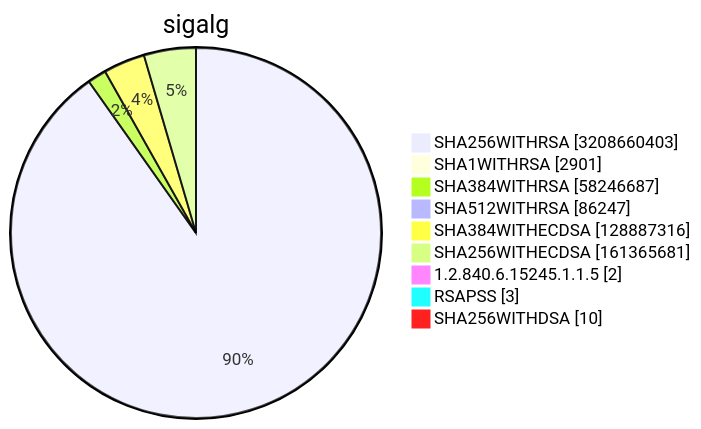
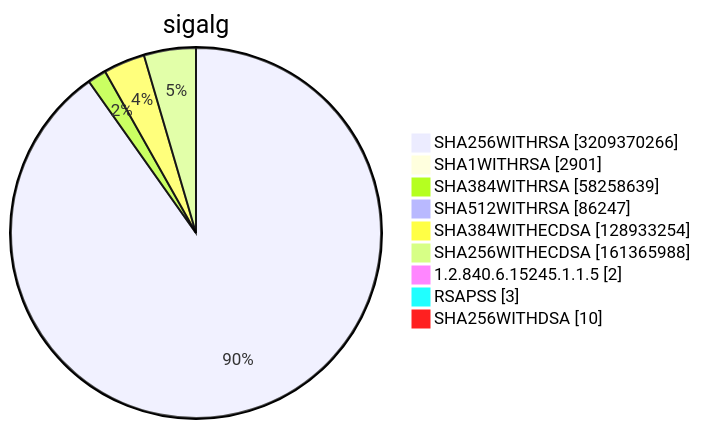
Before and after one commit to christiankrug/ctmonitor_visualization: diagram 15 of 15 in TOTAL/README.md, drawn with Mermaid. The commit also changed other lines of this file, not shown here.

````diff
--- a/TOTAL/README.md
+++ b/TOTAL/README.md
@@ -6217,13 +6217,13 @@
 ```mermaid
 pie showData
 title sigalg
-"SHA256WITHRSA" :3208660403
+"SHA256WITHRSA" :3209370266
 "SHA1WITHRSA" :2901
-"SHA384WITHRSA" :58246687
+"SHA384WITHRSA" :58258639
 "SHA512WITHRSA" :86247
-"SHA384WITHECDSA" :128887316
-"SHA256WITHECDSA" :161365681
+"SHA384WITHECDSA" :128933254
+"SHA256WITHECDSA" :161365988
 "1.2.840.6.15245.1.1.5" :2
 "RSAPSS" :3
 "SHA256WITHDSA" :10
 ```
````
